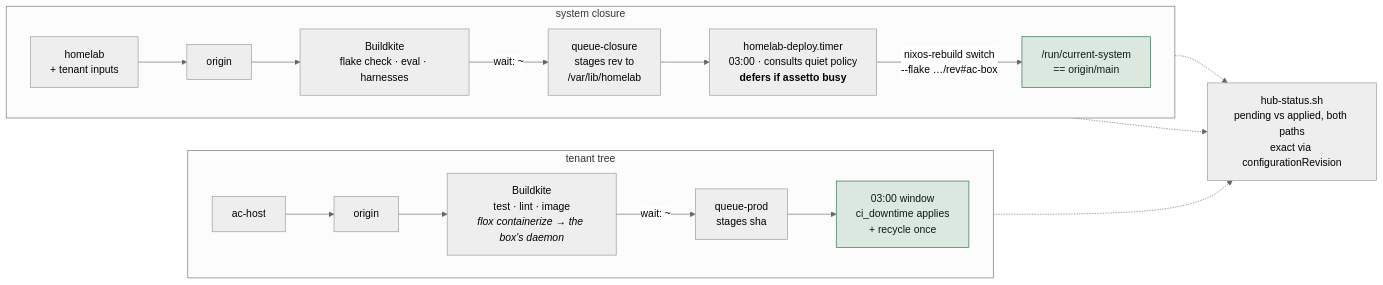
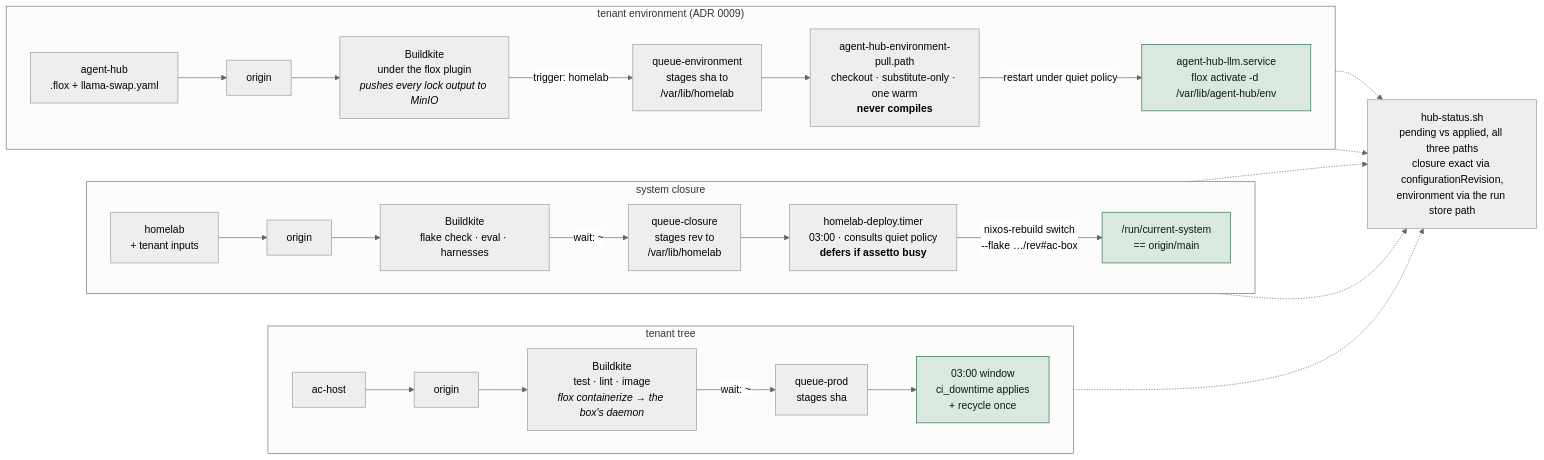
Before and after one commit to imkarrer/homelab: the fourth of 5 diagrams in docs/architecture.md, drawn with Mermaid (neutral theme). The commit also changed other lines of this file and 2 other files, not shown here.

Commit message:
ADR 0009 Accepted: agent-hub runs from its flox environment, and a push restarts it through the new edge
22e85c4 switched agent-hub-llm.service to `flox activate -d
/var/lib/agent-hub/env` at 09:08 CDT; 942f327 pushed to agent-hub main at
09:09 was staged, pulled, warmed and had restarted the unit by 09:13:14,
with no closure switch. architecture.md draws the environment as the third
path and relabels L3; findings §1 is answered on the box, including the
one surprise (a flake package's un-pushed -dev output is a full compile,
closed from both sides the same morning).

````diff
--- a/docs/architecture.md
+++ b/docs/architecture.md
@@ -227,25 +232,35 @@
 ```mermaid
 flowchart LR
     subgraph TENANT ["tenant tree"]
         direction LR
         A1["ac-host"] --> A2["origin"] --> A3["Buildkite<br/>test · lint · image<br/><i>flox containerize → the box's daemon</i>"]
         A3 -- "wait: ~" --> A4["queue-prod<br/>stages sha"]
         A4 --> A6["03:00 window<br/>ci_downtime applies<br/>+ recycle once"]
     end
 
     subgraph CLOSURE ["system closure"]
         direction LR
         B1["homelab<br/>+ tenant inputs"] --> B2["origin"] --> B3["Buildkite<br/>flake check · eval · harnesses"]
         B3 -- "wait: ~" --> B4["queue-closure<br/>stages rev to<br/>/var/lib/homelab"]
         B4 --> B5["homelab-deploy.timer<br/>03:00 · consults quiet policy<br/><b>defers if assetto busy</b>"]
         B5 -- "nixos-rebuild switch<br/>--flake …/rev#ac-box" --> B6["/run/current-system<br/>== origin/main"]
     end
 
-    STATUS["hub-status.sh<br/>pending vs applied, both paths<br/>exact via configurationRevision"]
+    subgraph ENV ["tenant environment (ADR 0009)"]
+        direction LR
+        C1["agent-hub<br/>.flox + llama-swap.yaml"] --> C2["origin"] --> C3["Buildkite<br/>under the flox plugin<br/><i>pushes every lock output to MinIO</i>"]
+        C3 -- "trigger: homelab" --> C4["queue-environment<br/>stages sha to<br/>/var/lib/homelab"]
+        C4 --> C5["agent-hub-environment-pull.path<br/>checkout · substitute-only · one warm<br/><b>never compiles</b>"]
+        C5 -- "restart under quiet policy" --> C6["agent-hub-llm.service<br/>flox activate -d /var/lib/agent-hub/env"]
+    end
+
+    STATUS["hub-status.sh<br/>pending vs applied, all three paths<br/>closure exact via configurationRevision,<br/>environment via the run store path"]
     A4 -.-> STATUS
     B4 -.-> STATUS
     B6 -.-> STATUS
+    C4 -.-> STATUS
+    C6 -.-> STATUS
 
     classDef ok fill:#dae8df,stroke:#2c6b4b,color:#101819;
-    class A6,B6 ok;
+    class A6,B6,C6 ok;
 ```
````
